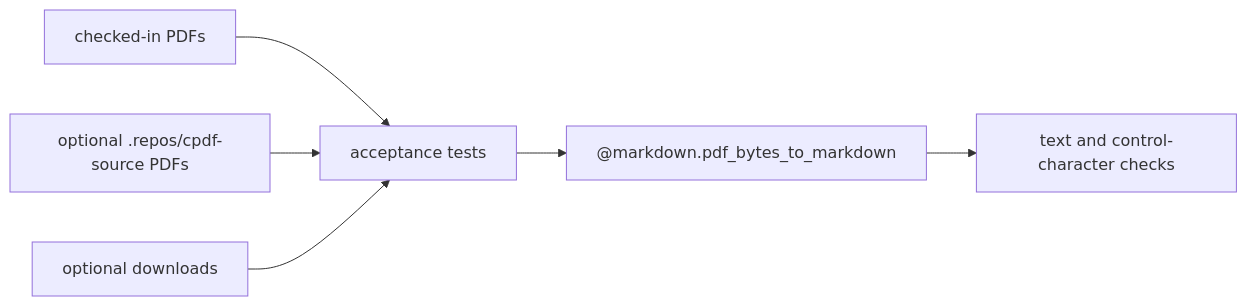
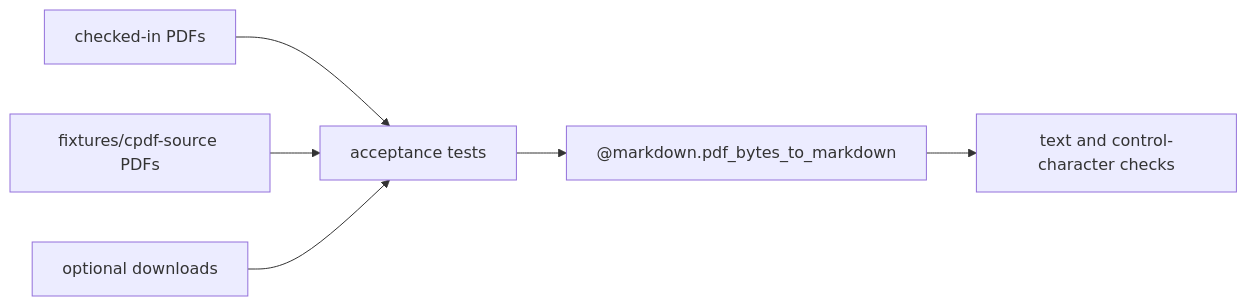
The diagram in pdflite/markdown/fixture_acceptance/README.mbt.md (moonbitlang/office.mbt), drawn with Mermaid before and after one commit. The commit also changed other lines of this file and 49 other files, not shown here.

Commit message:
Track cpdf source fixtures

````diff
--- a/pdflite/markdown/fixture_acceptance/README.mbt.md
+++ b/pdflite/markdown/fixture_acceptance/README.mbt.md
@@ -8,8 +8,8 @@
 ```mermaid
 flowchart LR
   Local[checked-in PDFs] --> Tests[acceptance tests]
-  Source[optional .repos/cpdf-source PDFs] --> Tests
+  Source[fixtures/cpdf-source PDFs] --> Tests
   External[optional downloads] --> Tests
   Tests --> Extract["@markdown.pdf_bytes_to_markdown"]
   Extract --> Assertions[text and control-character checks]
 ```
````
